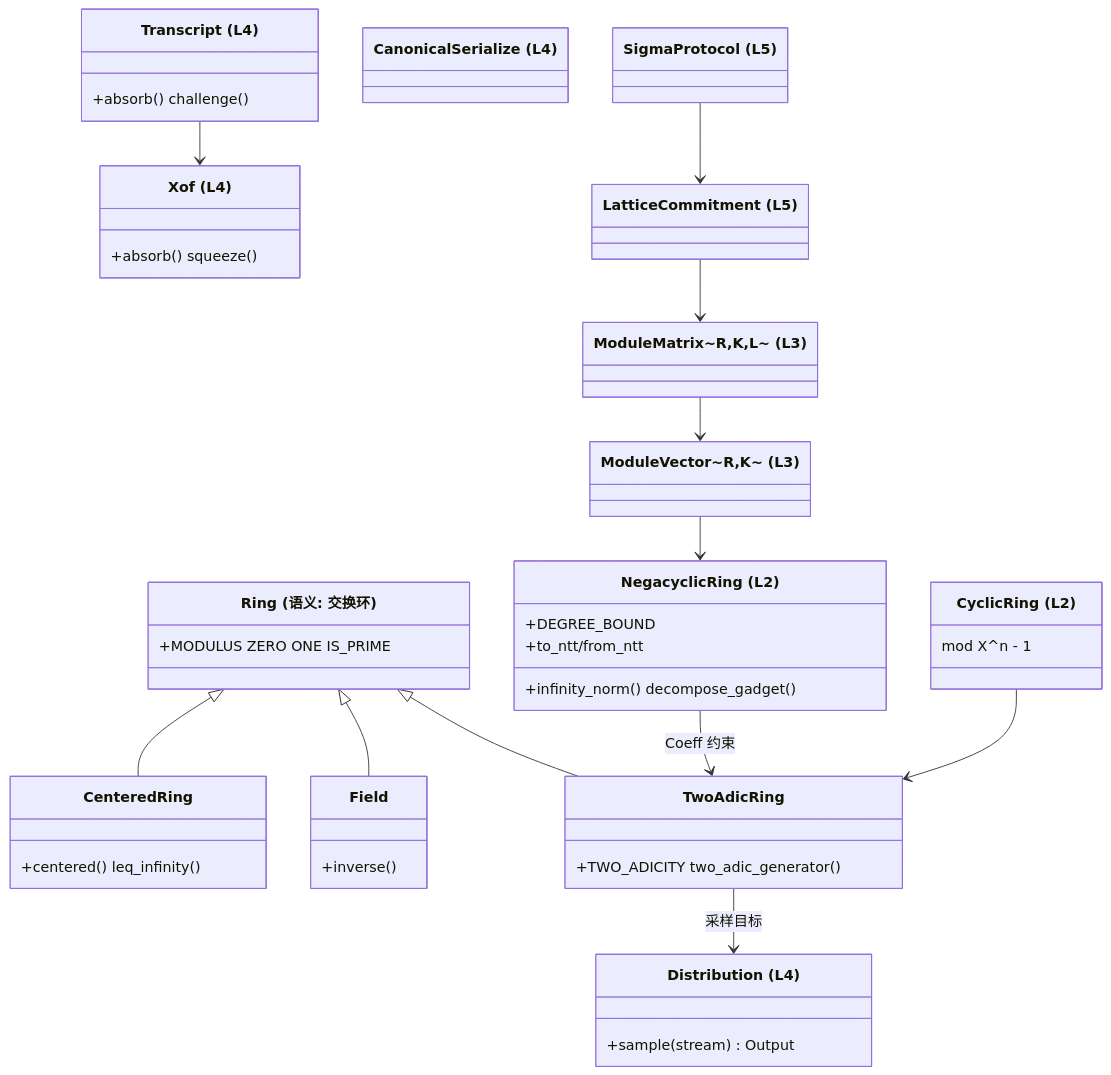
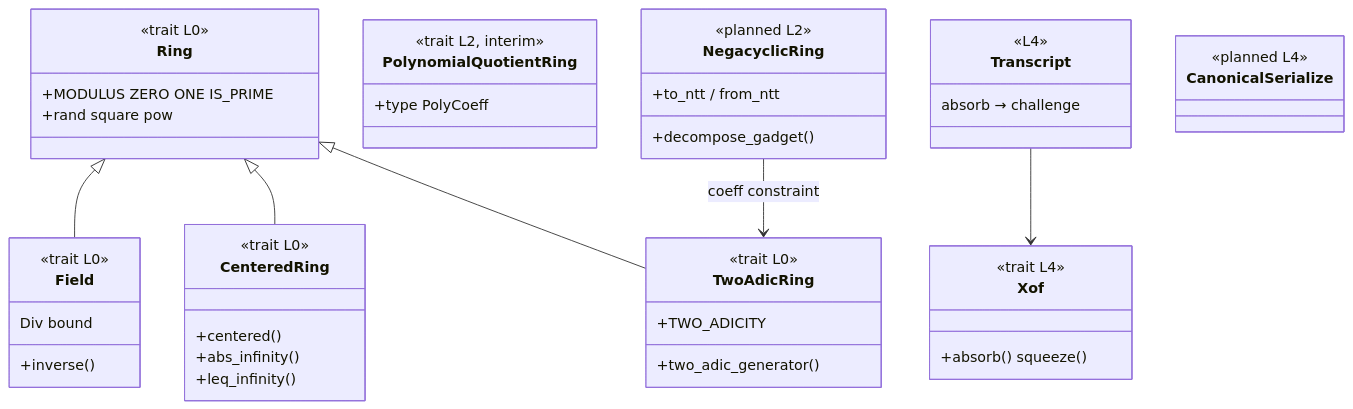
One commit to SuccinctPaul/lattice-algebra-rs changed the diagram in docs/src/pages/reference/trait-map.mdx. Above: the diagram before and after it, drawn with Mermaid. The commit also changed other lines of this file and 54 other files, not shown here.

````diff
--- a/docs/src/pages/reference/trait-map.mdx
+++ b/docs/src/pages/reference/trait-map.mdx
@@ -37,49 +7,50 @@
 ```mermaid
 classDiagram
     direction TB
-    class Ring["Ring (语义: 交换环)"] {
+    class Ring {
+        <<trait L0>>
         +MODULUS ZERO ONE IS_PRIME
+        +rand square pow
     }
-    class CenteredRing["CenteredRing"] {
-        +centered() leq_infinity()
+    class Field {
+        <<trait L0>>
+        +inverse()
+        Div bound
     }
-    class Field["Field"] {
-        +inverse()
+    class CenteredRing {
+        <<trait L0>>
+        +centered()
+        +abs_infinity()
+        +leq_infinity()
     }
-    class TwoAdicRing["TwoAdicRing"] {
-        +TWO_ADICITY two_adic_generator()
+    class TwoAdicRing {
+        <<trait L0>>
+        +TWO_ADICITY
+        +two_adic_generator()
     }
-    class Distribution["Distribution (L4)"] {
-        +sample(stream) Output
+    class PolynomialQuotientRing {
+        <<trait L2, interim>>
+        +type PolyCoeff
     }
-    class NegacyclicRing["NegacyclicRing (L2)"] {
-        +DEGREE_BOUND
-        +to_ntt/from_ntt
-        +infinity_norm() decompose_gadget()
+    class NegacyclicRing {
+        <<planned L2>>
+        +to_ntt / from_ntt
+        +decompose_gadget()
     }
-    class CyclicRing["CyclicRing (L2)"] {
-        mod X^n - 1
-    }
-    class ModuleVector["ModuleVector~R,K~ (L3)"]
-    class ModuleMatrix["ModuleMatrix~R,K,L~ (L3)"]
-    class Xof["Xof (L4)"] {
+    class Xof {
+        <<trait L4>>
         +absorb() squeeze()
     }
-    class Transcript["Transcript (L4)"] {
-        +absorb() challenge()
+    class Transcript {
+        <<L4>>
+        absorb → challenge
     }
-    class CanonicalSerialize["CanonicalSerialize (L4)"]
-    class LatticeCommitment["LatticeCommitment (L5)"]
-    class SigmaProtocol["SigmaProtocol (L5)"]
+    class CanonicalSerialize {
+        <<planned L4>>
+    }
+    Ring <|-- Field
     Ring <|-- CenteredRing
-    Ring <|-- Field
     Ring <|-- TwoAdicRing
-    TwoAdicRing --> Distribution : 采样目标
-    NegacyclicRing --> TwoAdicRing : Coeff 约束
-    CyclicRing --> TwoAdicRing
-    ModuleVector --> NegacyclicRing
-    ModuleMatrix --> ModuleVector
+    NegacyclicRing --> TwoAdicRing : coeff constraint
     Transcript --> Xof
-    LatticeCommitment --> ModuleMatrix
-    SigmaProtocol --> LatticeCommitment
 ```
````
